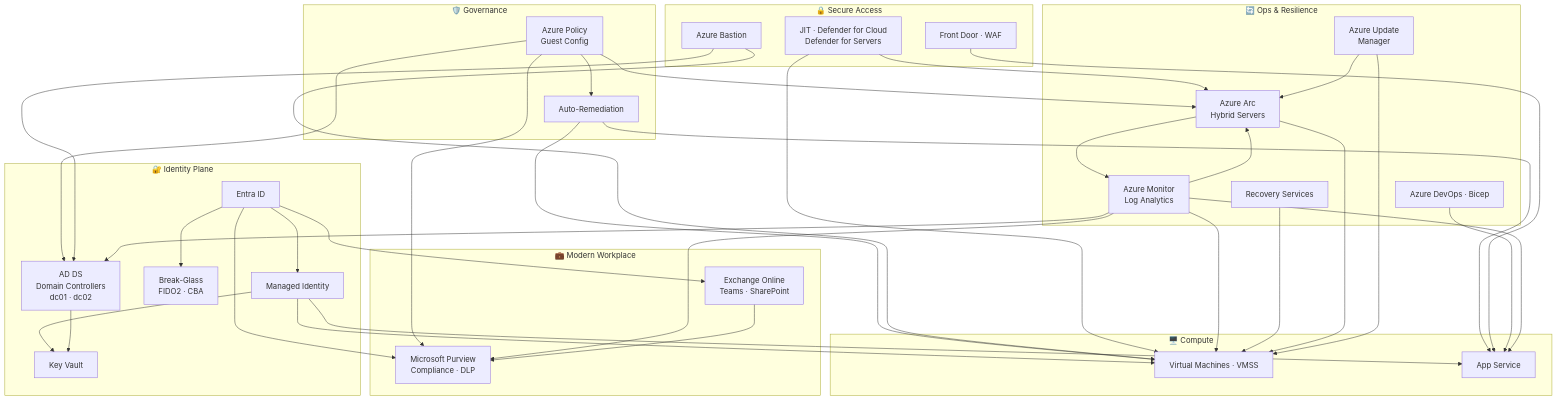
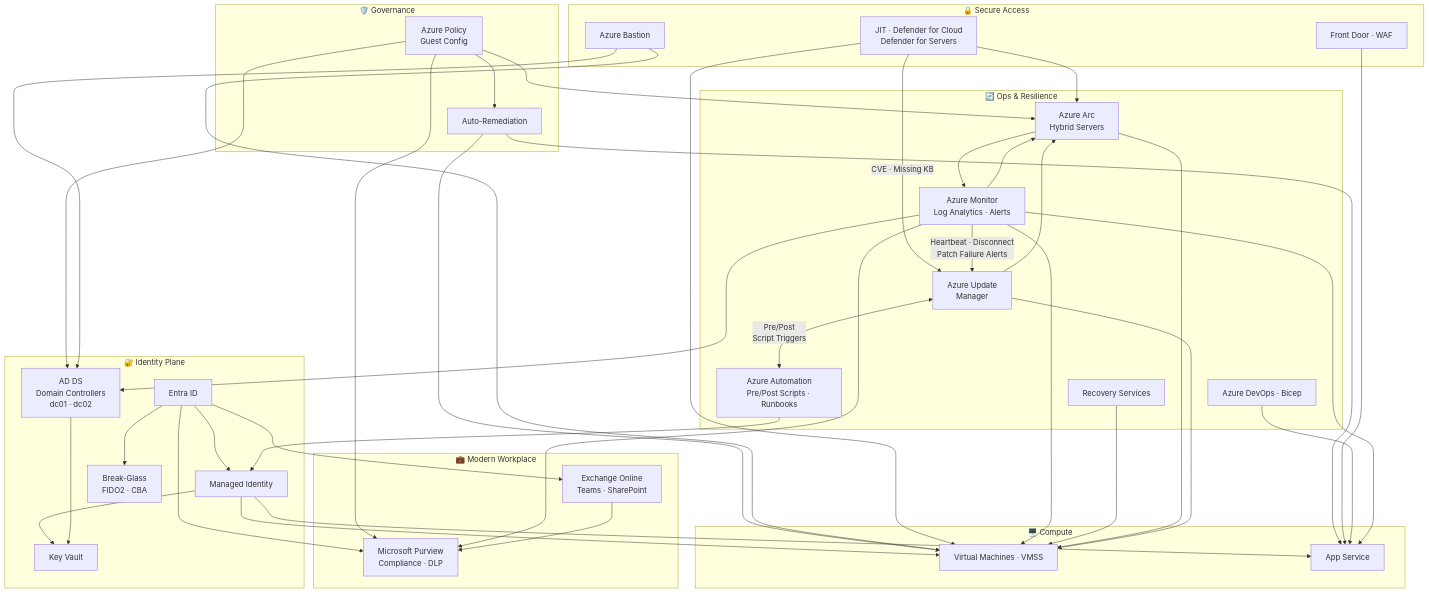
The diagram in README.md (nkadwaikar/azure-hands-on-engineering), drawn with Mermaid before and after one commit. The commit also changed other lines of this file and 5 other files, not shown here.

````diff
--- a/README.md
+++ b/README.md
@@ -34,61 +34,66 @@
 ```mermaid
 flowchart TD
     subgraph Identity["🔐 Identity Plane"]
         EntraID["Entra ID"]
         MI["Managed Identity"]
         KV["Key Vault"]
         BG["Break-Glass\nFIDO2 · CBA"]
         ADDS["AD DS\nDomain Controllers\ndc01 · dc02"]
     end
     subgraph Governance["🛡️ Governance"]
         Policy["Azure Policy\nGuest Config"]
         Remediation["Auto-Remediation"]
     end
     subgraph Access["🔒 Secure Access"]
         Bastion["Azure Bastion"]
         JIT["JIT · Defender for Cloud\nDefender for Servers"]
         AFD["Front Door · WAF"]
     end
     subgraph Compute["🖥️ Compute"]
         VM["Virtual Machines · VMSS"]
         App["App Service"]
     end
     subgraph Ops["🔄 Ops & Resilience"]
         DevOps["Azure DevOps · Bicep"]
-        Monitor["Azure Monitor\nLog Analytics"]
+        Monitor["Azure Monitor\nLog Analytics · Alerts"]
         Backup["Recovery Services"]
         Arc["Azure Arc\nHybrid Servers"]
         UpdateMgr["Azure Update\nManager"]
+        Automation["Azure Automation\nPre/Post Scripts · Runbooks"]
     end
     subgraph M365["💼 Modern Workplace"]
         ExO["Exchange Online\nTeams · SharePoint"]
         Purview["Microsoft Purview\nCompliance · DLP"]
     end
 
     EntraID --> MI
     EntraID --> BG
     MI --> KV
     MI --> App
     MI --> VM
     Policy --> Remediation
     Remediation --> VM & App
     Policy --> Arc
     Policy --> ADDS
     Bastion --> VM
     Bastion --> ADDS
     JIT --> VM
     JIT --> Arc
+    JIT -->|"CVE · Missing KB"| UpdateMgr
     AFD --> App
     DevOps --> App
     Monitor --> VM & App
     Monitor --> Arc
     Monitor --> ADDS
+    Monitor -->|"Heartbeat · Disconnect\nPatch Failure Alerts"| UpdateMgr
     Backup --> VM
     Arc --> VM & Monitor
     UpdateMgr --> VM & Arc
+    UpdateMgr <-->|"Pre/Post\nScript Triggers"| Automation
+    Automation --> MI
     ADDS --> KV
     EntraID --> ExO & Purview
     Policy --> Purview
     Monitor --> Purview
     ExO --> Purview
 ```
````
